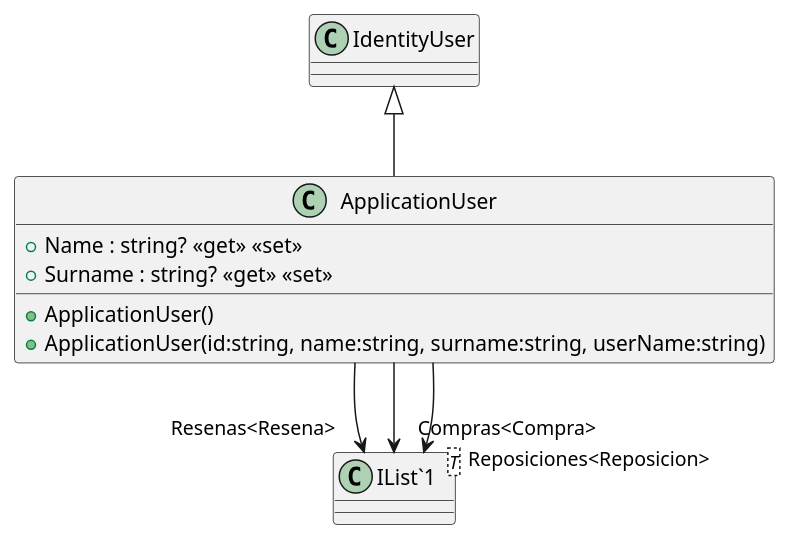
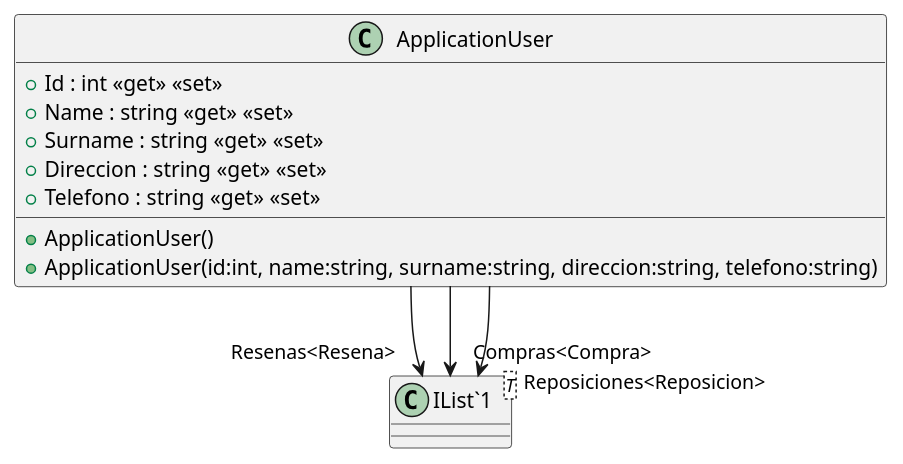
Before and after one commit to ISII2627LosGremlins/ISII2627LosGremlins: the diagram in src/AppForSEII.API/ClassDiagram/ApplicationUser.puml, drawn with PlantUML. The commit also changed 2 other files, not shown here.

Commit message:
Cambio de atributos en ApplicationUser

```diff
--- a/src/AppForSEII.API/ClassDiagram/ApplicationUser.puml
+++ b/src/AppForSEII.API/ClassDiagram/ApplicationUser.puml
@@ -1,14 +1,16 @@
 @startuml
 class ApplicationUser {
     + ApplicationUser()
-    + ApplicationUser(id:string, name:string, surname:string, userName:string)
-    + Name : string? <<get>> <<set>>
-    + Surname : string? <<get>> <<set>>
+    + ApplicationUser(id:int, name:string, surname:string, direccion:string, telefono:string)
+    + Id : int <<get>> <<set>>
+    + Name : string <<get>> <<set>>
+    + Surname : string <<get>> <<set>>
+    + Direccion : string <<get>> <<set>>
+    + Telefono : string <<get>> <<set>>
 }
 class "IList`1"<T> {
 }
-IdentityUser <|-- ApplicationUser
 ApplicationUser --> "Resenas<Resena>" "IList`1"
 ApplicationUser --> "Compras<Compra>" "IList`1"
 ApplicationUser --> "Reposiciones<Reposicion>" "IList`1"
 @enduml
```
